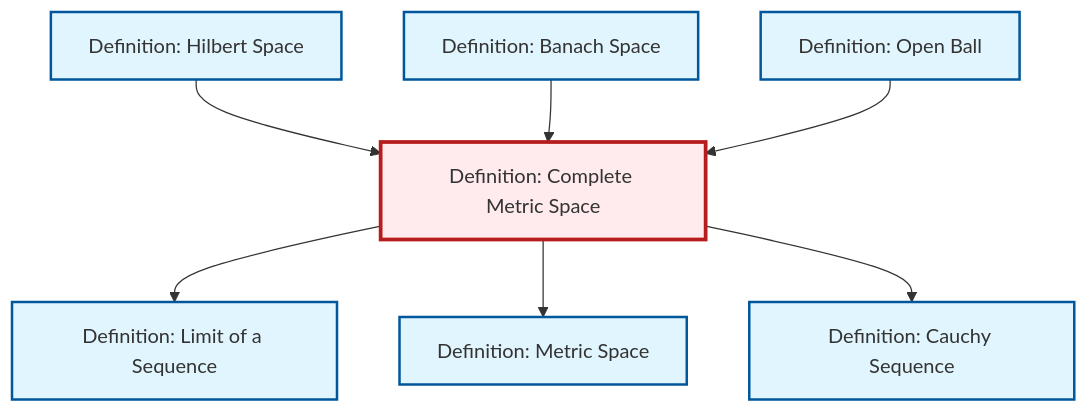
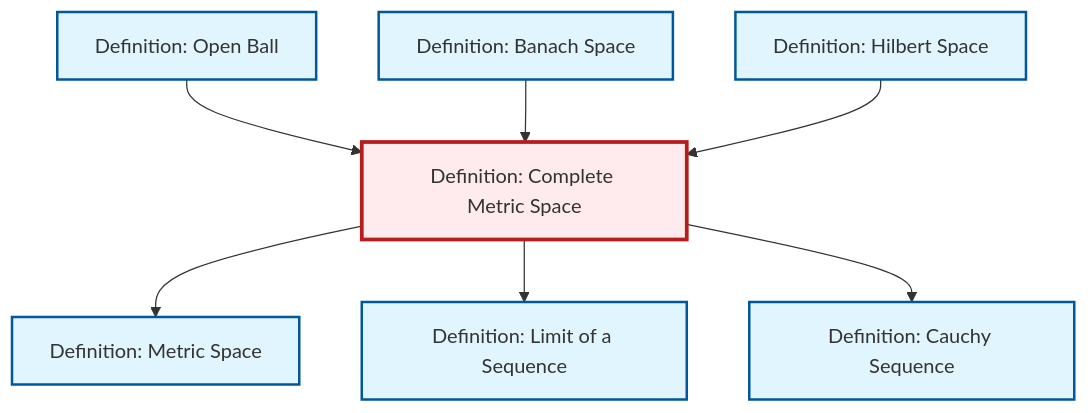
Before and after one commit to RK0429/ModernMath: the diagram in content/en/analysis/def-complete-metric-space.qmd, drawn with Mermaid. The commit also changed other lines of this file and 1012 other files, not shown here.

````diff
--- a/content/en/analysis/def-complete-metric-space.qmd
+++ b/content/en/analysis/def-complete-metric-space.qmd
@@ -53,29 +53,29 @@
 ```{mermaid}
 %%| fig-cap: "Local dependency graph"
 graph TD
     classDef definition fill:#e1f5fe,stroke:#01579b,stroke-width:2px
     classDef theorem fill:#f3e5f5,stroke:#4a148c,stroke-width:2px
     classDef axiom fill:#fff3e0,stroke:#e65100,stroke-width:2px
     classDef example fill:#e8f5e9,stroke:#1b5e20,stroke-width:2px
     classDef current fill:#ffebee,stroke:#b71c1c,stroke-width:3px
+    def-limit["Definition: Limit of a Sequence"]:::definition
     def-banach-space["Definition: Banach Space"]:::definition
-    def-limit["Definition: Limit of a Sequence"]:::definition
-    def-cauchy-sequence["Definition: Cauchy Sequence"]:::definition
+    def-open-ball["Definition: Open Ball"]:::definition
+    def-hilbert-space["Definition: Hilbert Space"]:::definition
     def-complete-metric-space["Definition: Complete Metric Space"]:::definition
     def-metric-space["Definition: Metric Space"]:::definition
-    def-hilbert-space["Definition: Hilbert Space"]:::definition
-    def-open-ball["Definition: Open Ball"]:::definition
+    def-cauchy-sequence["Definition: Cauchy Sequence"]:::definition
+    def-complete-metric-space --> def-metric-space
+    def-open-ball --> def-complete-metric-space
     def-complete-metric-space --> def-limit
-    def-complete-metric-space --> def-metric-space
-    def-hilbert-space --> def-complete-metric-space
     def-complete-metric-space --> def-cauchy-sequence
     def-banach-space --> def-complete-metric-space
-    def-open-ball --> def-complete-metric-space
+    def-hilbert-space --> def-complete-metric-space
     class def-complete-metric-space current
+    click def-limit "def-limit.html" "Go to Limit of a Sequence definition"
     click def-banach-space "def-banach-space.html" "Go to Banach Space definition"
-    click def-limit "def-limit.html" "Go to Limit of a Sequence definition"
+    click def-open-ball "def-open-ball.html" "Go to Open Ball definition"
+    click def-hilbert-space "def-hilbert-space.html" "Go to Hilbert Space definition"
+    click def-metric-space "def-metric-space.html" "Go to Metric Space definition"
     click def-cauchy-sequence "def-cauchy-sequence.html" "Go to Cauchy Sequence definition"
-    click def-metric-space "def-metric-space.html" "Go to Metric Space definition"
-    click def-hilbert-space "def-hilbert-space.html" "Go to Hilbert Space definition"
-    click def-open-ball "def-open-ball.html" "Go to Open Ball definition"
 ```
````
